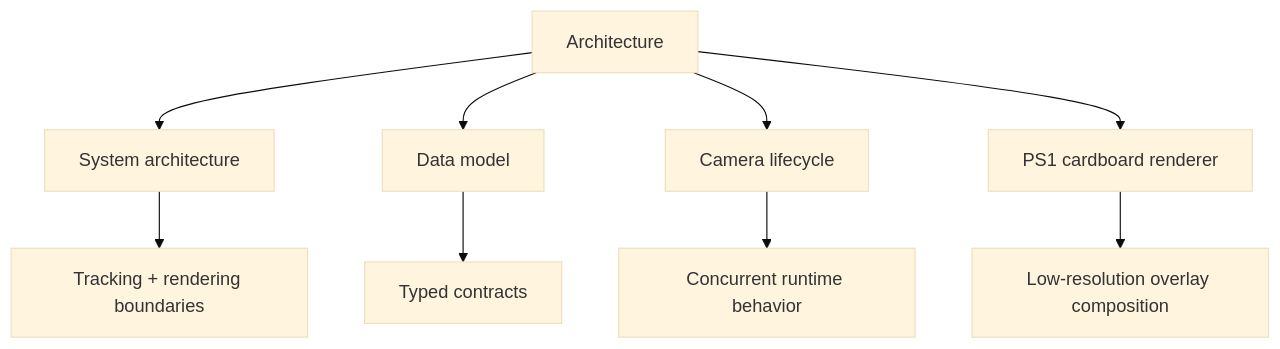
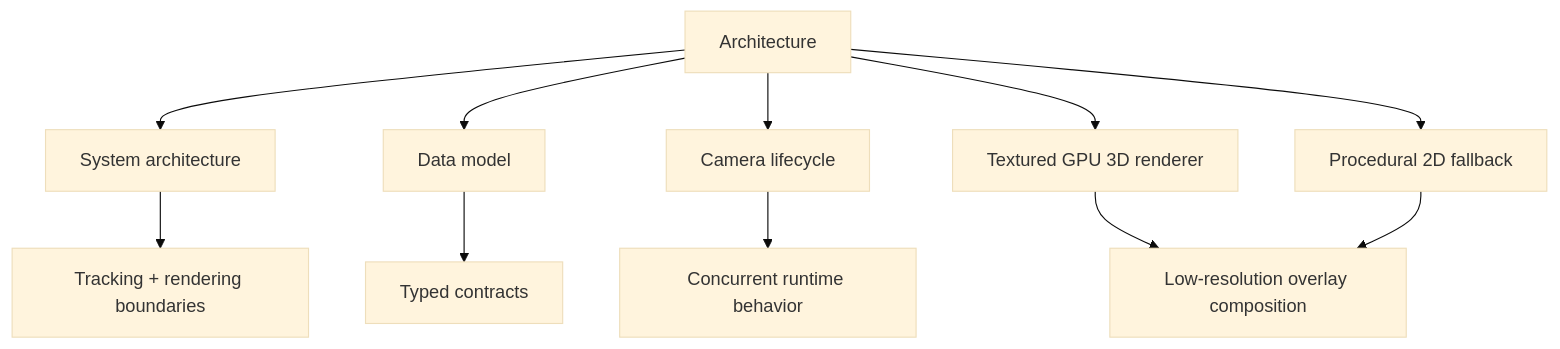
One commit to Zanark/KardboardCode-VTuber changed the diagram in docs/02-architecture/README.md. Above: the diagram before and after it, drawn with Mermaid (base theme). The commit also changed other lines of this file and 11 other files, not shown here.

First line of the commit message:
Add textured GPU 3D renderer

````diff
--- a/docs/02-architecture/README.md
+++ b/docs/02-architecture/README.md
@@ -13,11 +14,13 @@
 ```mermaid
 flowchart TD
     Architecture --> System["System architecture"]
     Architecture --> Model["Data model"]
     Architecture --> Lifecycle["Camera lifecycle"]
-    Architecture --> Renderer["PS1 cardboard renderer"]
+    Architecture --> Renderer["Textured GPU 3D renderer"]
+    Architecture --> Fallback["Procedural 2D fallback"]
     System --> Future["Tracking + rendering boundaries"]
     Model --> Contracts["Typed contracts"]
     Lifecycle --> Runtime["Concurrent runtime behavior"]
     Renderer --> Composite["Low-resolution overlay composition"]
+    Fallback --> Composite
 ```
````
